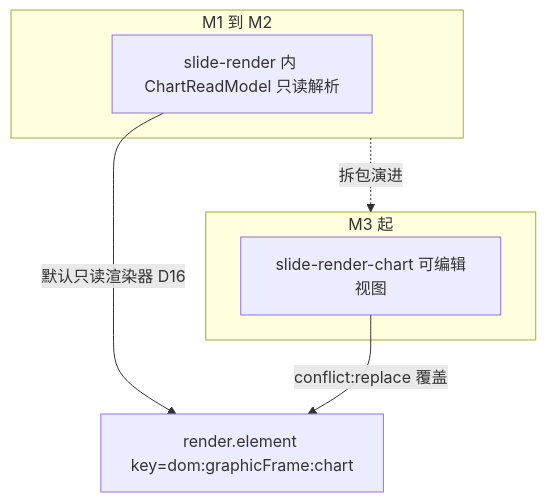
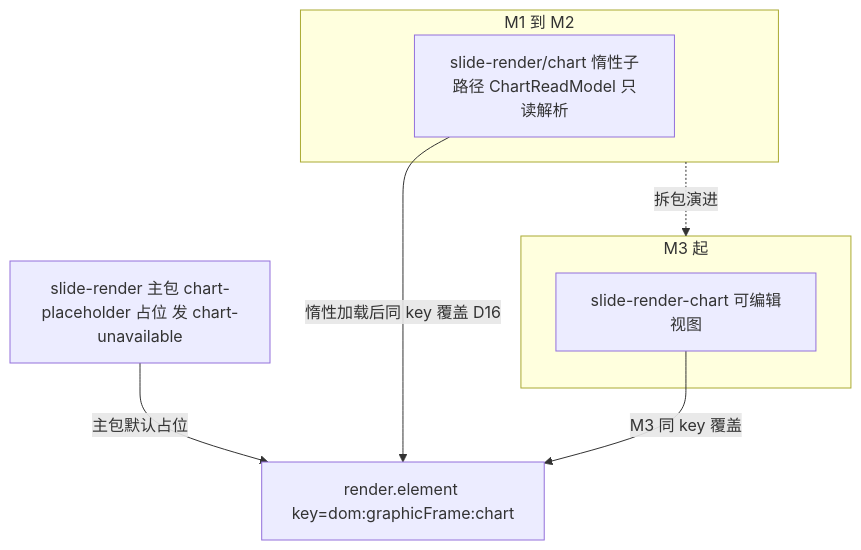
One commit to Xeonice/cordis-ppt-editor changed the fourth of 10 diagrams in docs/40-modules/07-slide-rendering.md. Above: the diagram before and after it, drawn with Mermaid. The commit also changed other lines of this file and 22 other files, not shown here.

First line of the commit message:
docs(modules): 新增架构图集 18/19，补图并按 §4.18 回写模块设计线

````diff
--- a/docs/40-modules/07-slide-rendering.md
+++ b/docs/40-modules/07-slide-rendering.md
@@ -157,13 +190,15 @@
 ```mermaid
 flowchart TB
 subgraph m1m2["M1 到 M2"]
-  chartRead["slide-render 内 ChartReadModel 只读解析"]
+  chartRead["slide-render/chart 惰性子路径 ChartReadModel 只读解析"]
 end
+chartPh["slide-render 主包 chart-placeholder 占位 发 chart-unavailable"]
 subgraph m3["M3 起"]
   chartEdit["slide-render-chart 可编辑视图"]
 end
 chartKey["render.element key=dom:graphicFrame:chart"]
-chartRead -- "默认只读渲染器 D16" --> chartKey
-chartEdit -- "conflict:replace 覆盖" --> chartKey
+chartPh -- "主包默认占位" --> chartKey
+chartRead -- "惰性加载后同 key 覆盖 D16" --> chartKey
+chartEdit -- "M3 同 key 覆盖" --> chartKey
 m1m2 -. "拆包演进" .-> m3
 ```
````
